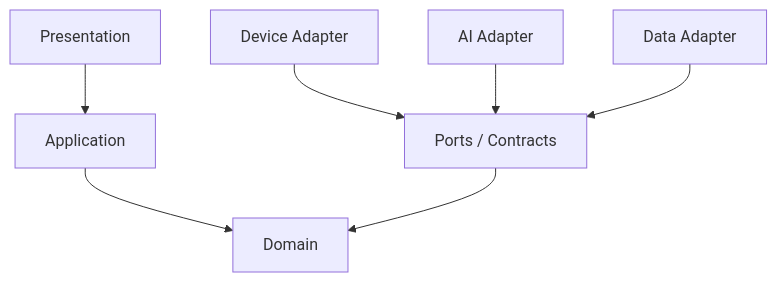
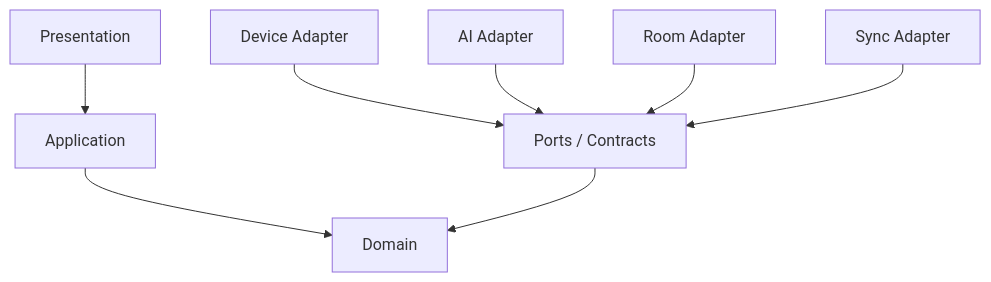
Before and after one commit to jaimejcs/CuidarAI: diagram 24 of 26 in diagramas-mermaid.md, drawn with Mermaid. The commit also changed other lines of this file and 20 other files, not shown here.

````diff
--- a/diagramas-mermaid.md
+++ b/diagramas-mermaid.md
@@ -364,9 +650,10 @@
 ```mermaid
 flowchart TD
     P[Presentation] --> A[Application]
     A --> D[Domain]
     DA[Device Adapter] --> C[Ports / Contracts]
     AI[AI Adapter] --> C
-    DT[Data Adapter] --> C
+    RM[Room Adapter] --> C
+    SY[Sync Adapter] --> C
     C --> D
 ```
````
